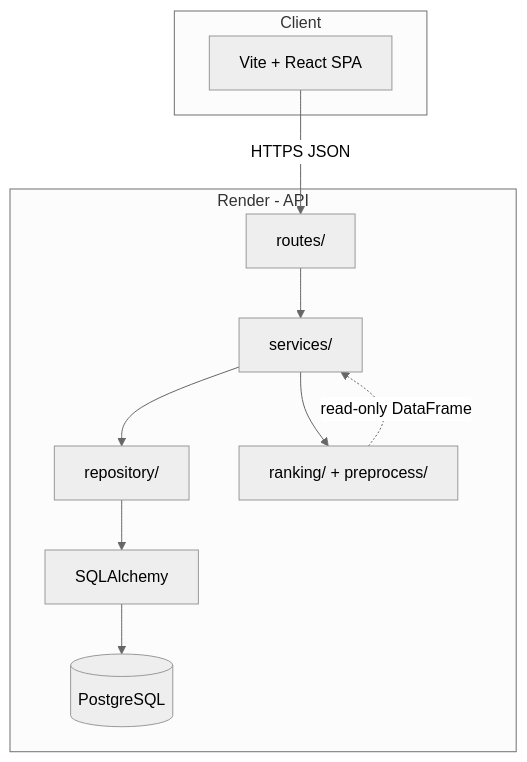
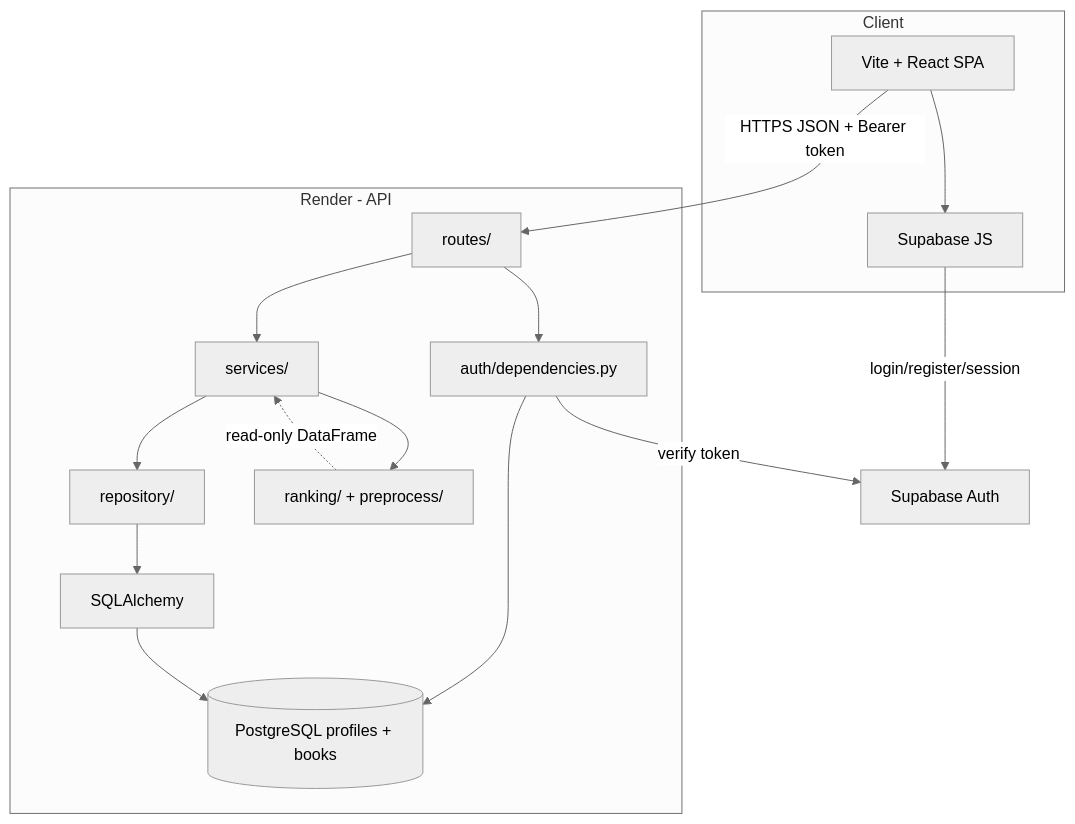
The fourth of 4 diagrams in docs/engineering/architecture.md (tranguyeenn/shelftxt), drawn with Mermaid (neutral theme) before and after one commit. The commit also changed other lines of this file and 23 other files, not shown here.

Commit message:
Complete user ownership migration and apply missing schema updates

````diff
--- a/docs/engineering/architecture.md
+++ b/docs/engineering/architecture.md
@@ -135,23 +149,32 @@
 ```mermaid
 flowchart TB
   subgraph client [Client]
     UI[Vite + React SPA]
+    SupabaseClient[Supabase JS]
   end
 
+  Auth[Supabase Auth]
+
   subgraph render [Render - API]
+    AuthDep[auth/dependencies.py]
     Routes[routes/]
     Services[services/]
     Repo[repository/]
     SA[SQLAlchemy]
     Rank[ranking/ + preprocess/]
-    DB[(PostgreSQL)]
+    DB[(PostgreSQL profiles + books)]
   end
 
-  UI -->|HTTPS JSON| Routes
+  UI --> SupabaseClient
+  SupabaseClient -->|login/register/session| Auth
+  UI -->|HTTPS JSON + Bearer token| Routes
+  Routes --> AuthDep
+  AuthDep -->|verify token| Auth
+  AuthDep --> DB
   Routes --> Services
   Services --> Repo
   Repo --> SA
   SA --> DB
   Services --> Rank
   Rank -.->|read-only DataFrame| Services
 ```
````
